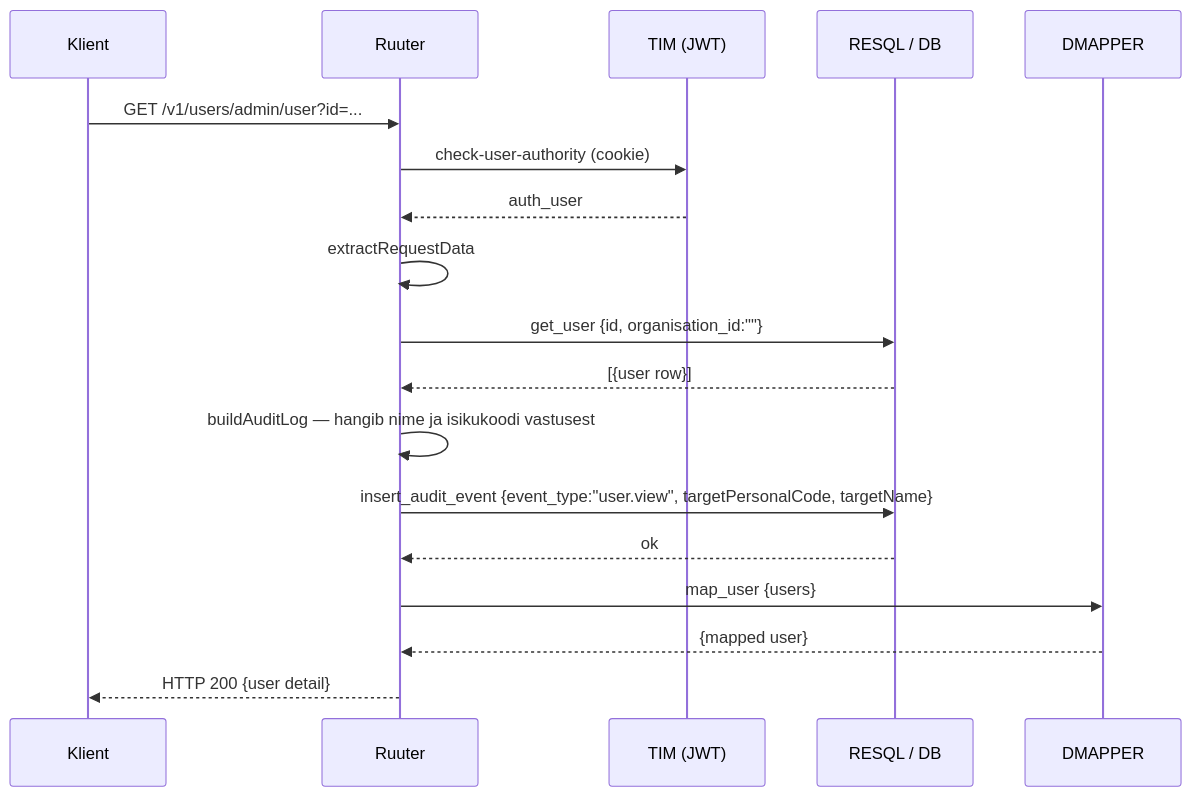
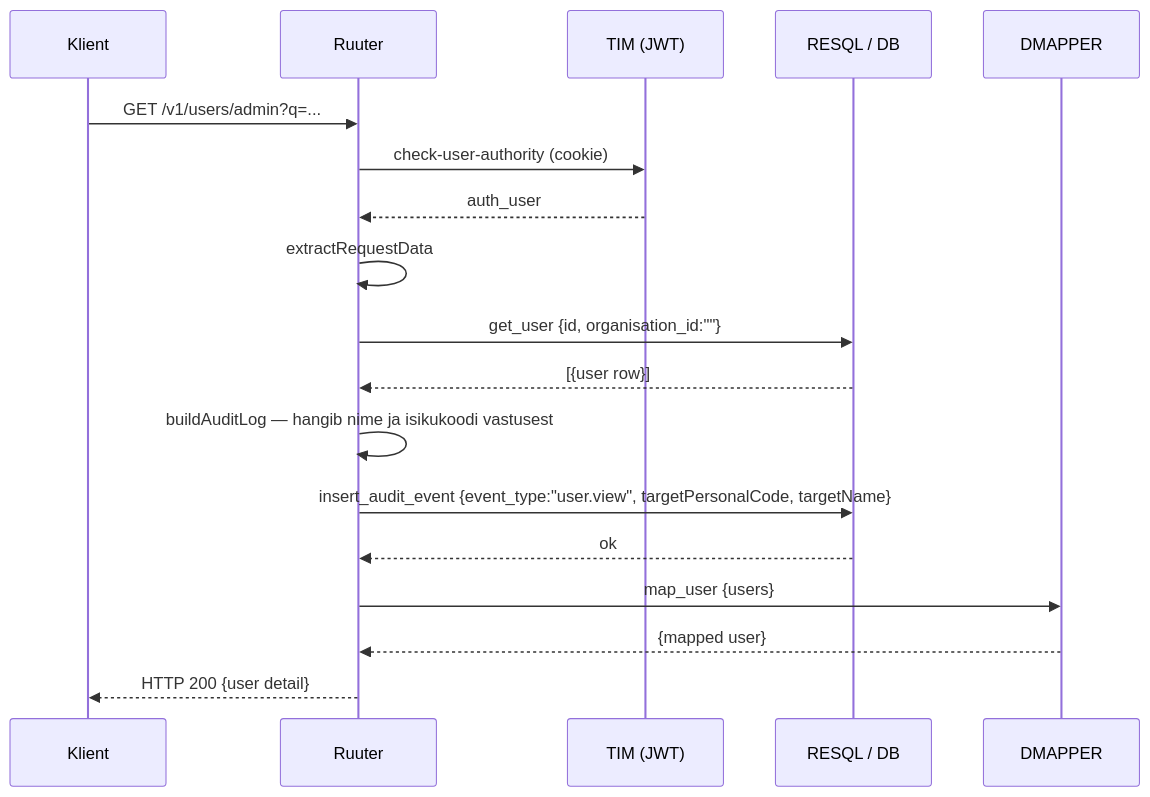
Before and after one commit to kemit-ee/ljvis-2: the third of 4 diagrams in docs/audit-logging.md, drawn with Mermaid. The commit also changed other lines of this file and 2 other files, not shown here.

Commit message:
docs: update openapi, api-endpoints and audit-logging for new URI patterns
- GET /v1/users/{scope} now fetches single user by ?q=
- GET /v1/users/{scope}/search handles list/search via ?q=
- GET /v1/user-groups/{scope} now fetches single group by ?q=
- GET /v1/user-groups/{scope}/search handles list/search via ?q=
- Removed /user and /user-group sub-path entries (merged into parent)
- Renamed ?id=, ?search=, ?userId= to ?q= throughout
- audit-logging.md sequence diagrams updated to new URLs

````diff
--- a/docs/audit-logging.md
+++ b/docs/audit-logging.md
@@ -223,21 +223,21 @@
 ```mermaid
 sequenceDiagram
     participant K as Klient
     participant R as Ruuter
     participant T as TIM (JWT)
     participant DB as RESQL / DB
     participant DM as DMAPPER
 
-    K->>R: GET /v1/users/admin/user?id=...
+    K->>R: GET /v1/users/admin?q=...
     R->>T: check-user-authority (cookie)
     T-->>R: auth_user
     R->>R: extractRequestData
     R->>DB: get_user {id, organisation_id:""}
     DB-->>R: [{user row}]
     R->>R: buildAuditLog — hangib nime ja isikukoodi vastusest
     R->>DB: insert_audit_event {event_type:"user.view", targetPersonalCode, targetName}
     DB-->>R: ok
     R->>DM: map_user {users}
     DM-->>R: {mapped user}
     R-->>K: HTTP 200 {user detail}
 ```
````
